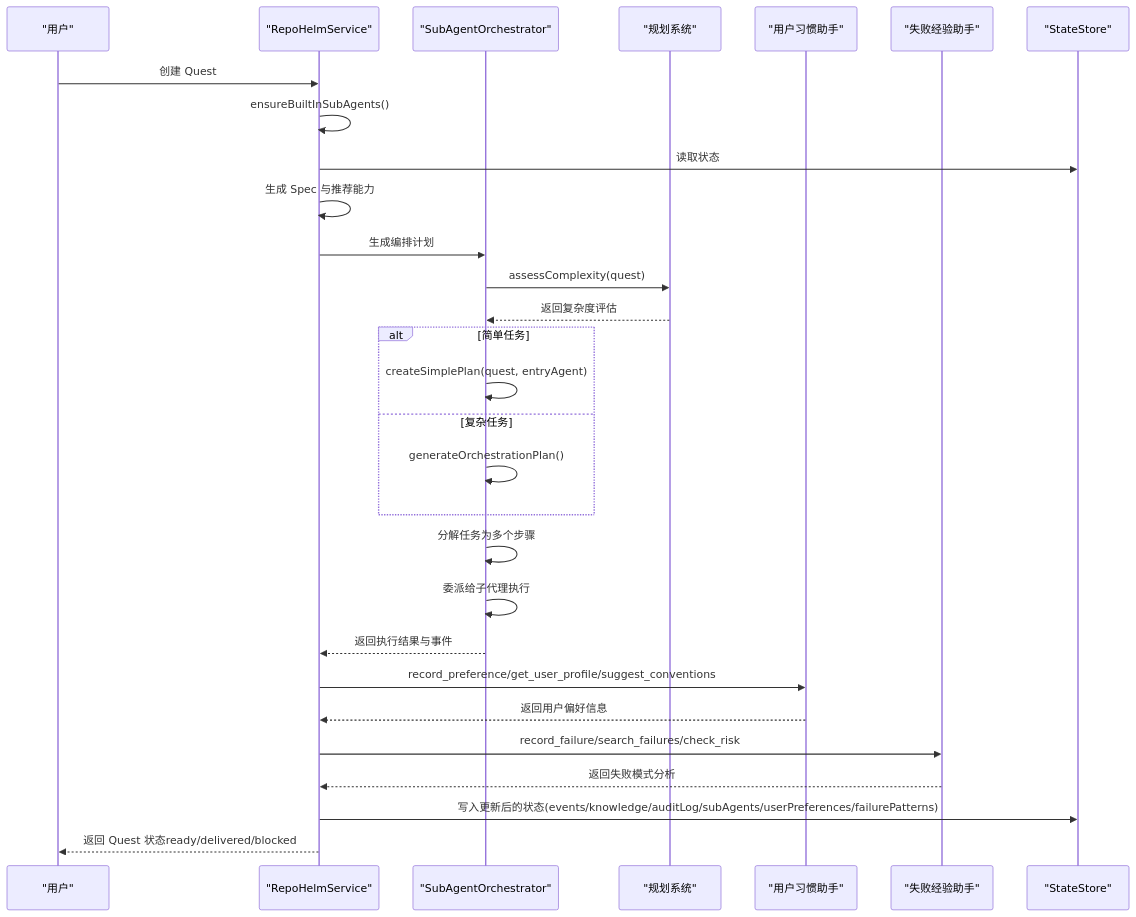
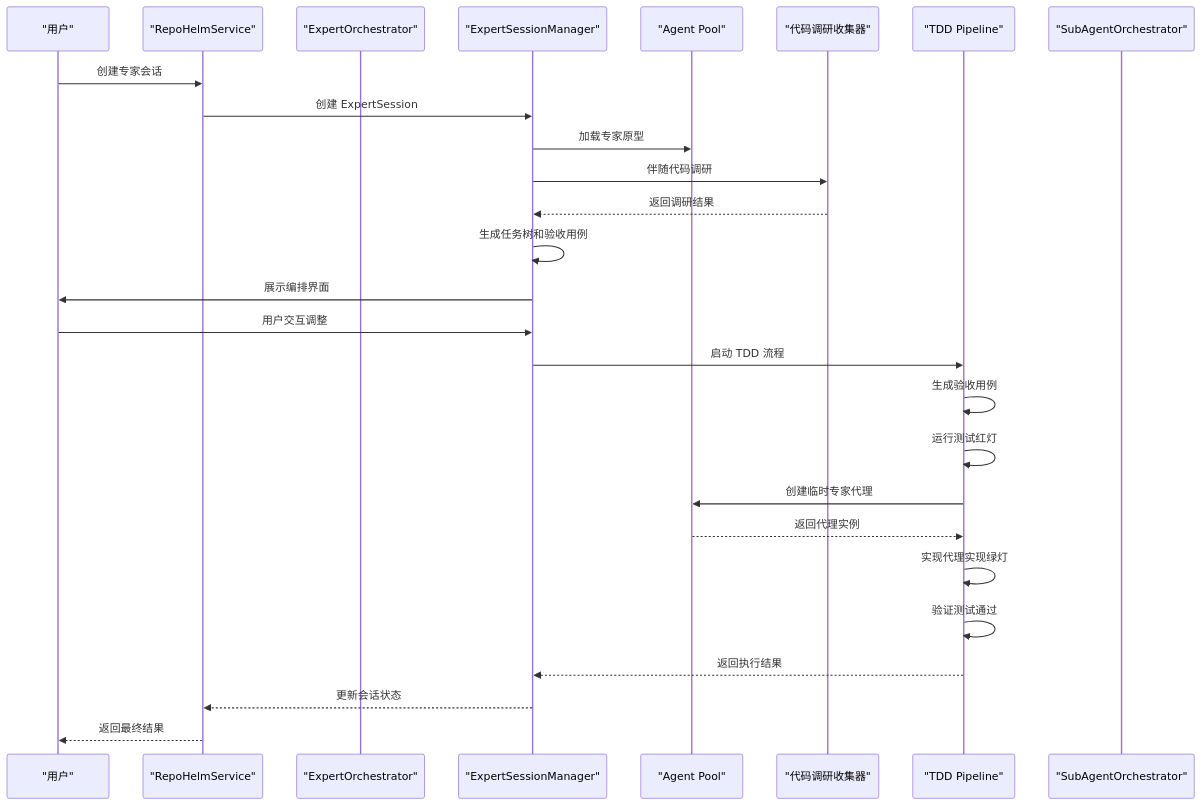
The second of 20 diagrams in .qoder/repowiki/zh/content/核心服务模块/核心服务模块.md (coconilu/RepoHelm), drawn with Mermaid before and after one commit. The commit also changed other lines of this file and 14 other files, not shown here.

First line of the commit message:
Add expert orchestration UI and SSE support

````diff
--- a/.qoder/repowiki/zh/content/核心服务模块/核心服务模块.md
+++ b/.qoder/repowiki/zh/content/核心服务模块/核心服务模块.md
@@ -172,31 +224,29 @@
 ```mermaid
 sequenceDiagram
 participant U as "用户"
 participant S as "RepoHelmService"
+participant EO as "ExpertOrchestrator"
+participant SM as "ExpertSessionManager"
+participant AP as "Agent Pool"
+participant RC as "代码调研收集器"
+participant TP as "TDD Pipeline"
 participant O as "SubAgentOrchestrator"
-participant P as "规划系统"
-participant HT as "用户习惯助手"
-participant FT as "失败经验助手"
-participant ST as "StateStore"
-U->>S : 创建 Quest
-S->>S : ensureBuiltInSubAgents()
-S->>ST : 读取状态
-S->>S : 生成 Spec 与推荐能力
-S->>O : 生成编排计划
-O->>P : assessComplexity(quest)
-P-->>O : 返回复杂度评估
-alt 简单任务
-O->>O : createSimplePlan(quest, entryAgent)
-else 复杂任务
-O->>O : generateOrchestrationPlan()
-end
-O->>O : 分解任务为多个步骤
-O->>O : 委派给子代理执行
-O-->>S : 返回执行结果与事件
-S->>HT : record_preference/get_user_profile/suggest_conventions
-HT-->>S : 返回用户偏好信息
-S->>FT : record_failure/search_failures/check_risk
-FT-->>S : 返回失败模式分析
-S->>ST : 写入更新后的状态(events/knowledge/auditLog/subAgents/userPreferences/failurePatterns)
-S-->>U : 返回 Quest 状态ready/delivered/blocked
+U->>S : 创建专家会话
+S->>SM : 创建 ExpertSession
+SM->>AP : 加载专家原型
+SM->>RC : 伴随代码调研
+RC-->>SM : 返回调研结果
+SM->>SM : 生成任务树和验收用例
+SM->>U : 展示编排界面
+U->>SM : 用户交互调整
+SM->>TP : 启动 TDD 流程
+TP->>TP : 生成验收用例
+TP->>TP : 运行测试红灯
+TP->>AP : 创建临时专家代理
+AP-->>TP : 返回代理实例
+TP->>TP : 实现代理实现绿灯
+TP->>TP : 验证测试通过
+TP-->>SM : 返回执行结果
+SM-->>S : 更新会话状态
+S-->>U : 返回最终结果
 ```
````
